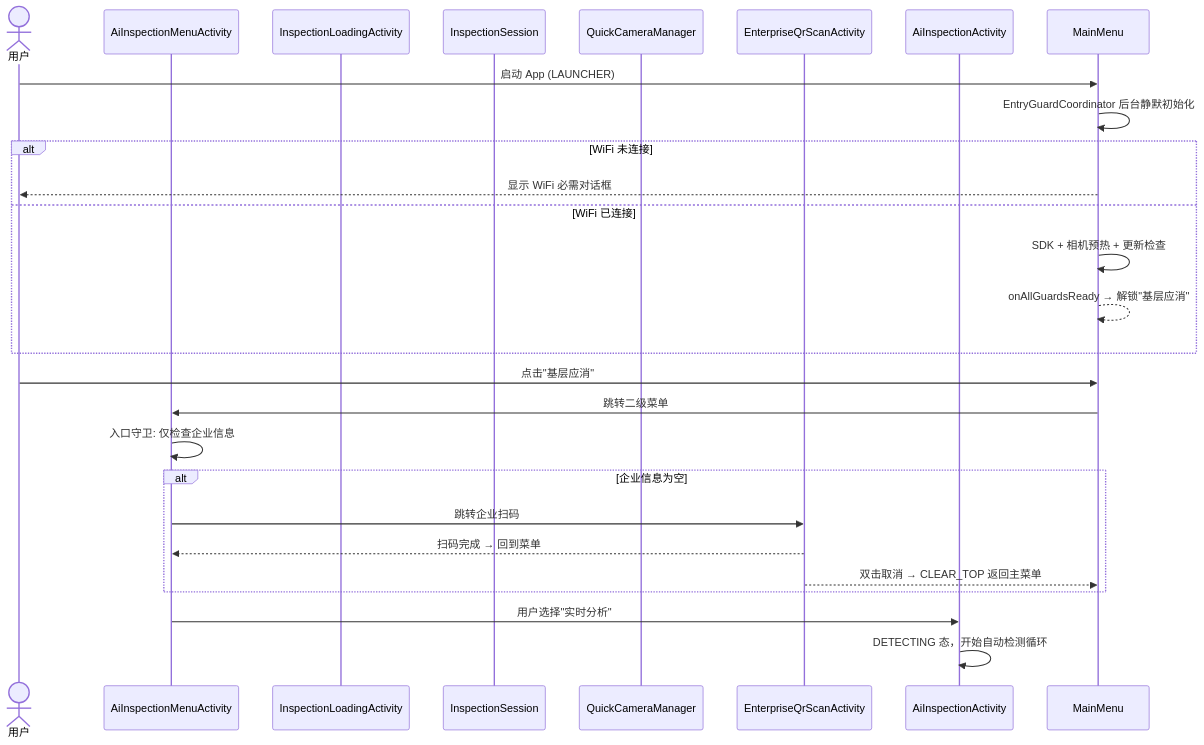
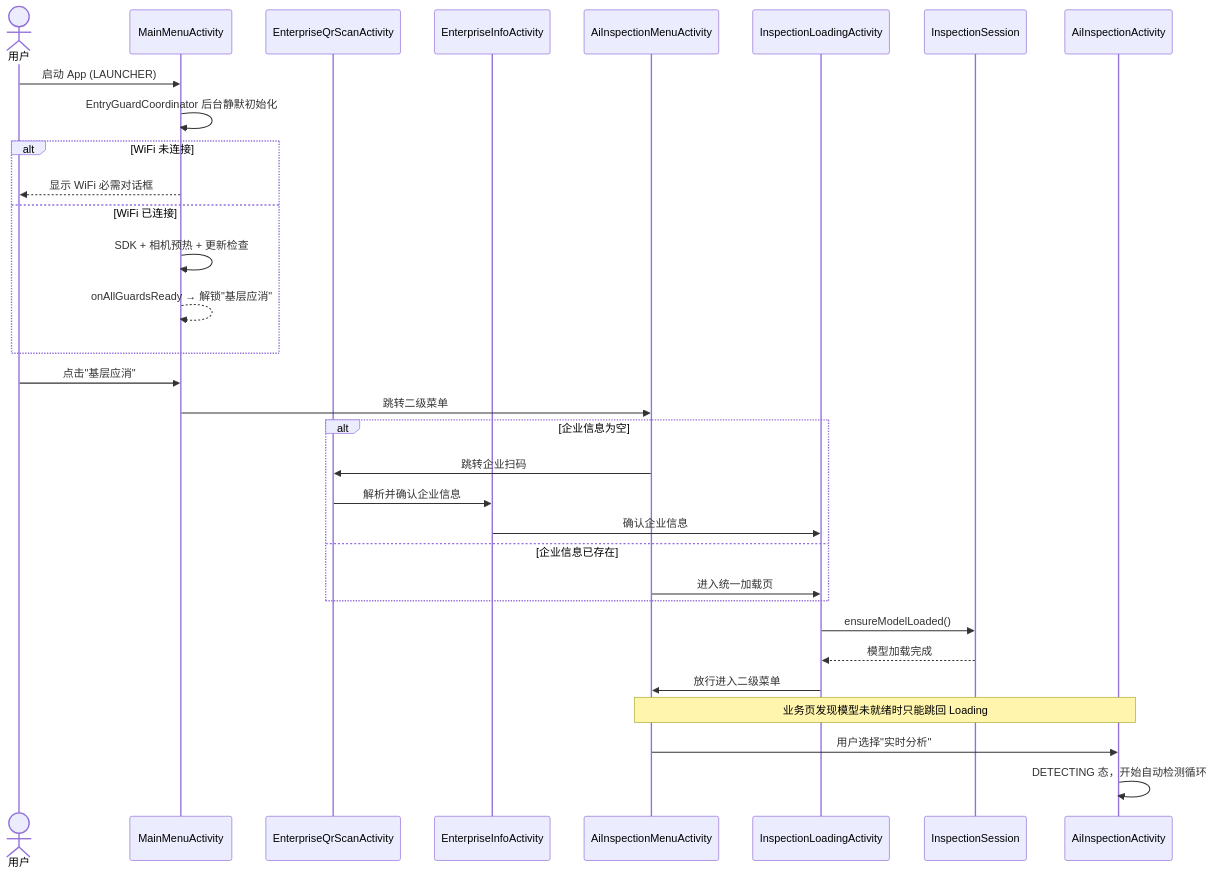
Before and after one commit to WuChaoli/HiddenRiskGlass: the third of 9 diagrams in docs/CODEMAPS.md, drawn with Mermaid. The commit also changed other lines of this file and 8 other files, not shown here.

````diff
--- a/docs/CODEMAPS.md
+++ b/docs/CODEMAPS.md
@@ -135,29 +135,35 @@
 ```mermaid
 sequenceDiagram
     actor User as 用户
+    participant MainMenu as MainMenuActivity
+    participant QrScan as EnterpriseQrScanActivity
+    participant Enterprise as EnterpriseInfoActivity
     participant Menu as AiInspectionMenuActivity
     participant Loading as InspectionLoadingActivity
     participant Session as InspectionSession
-    participant Camera as QuickCameraManager
-    participant QrScan as EnterpriseQrScanActivity
     participant AI as AiInspectionActivity
 
     User->>MainMenu: 启动 App (LAUNCHER)
     MainMenu->>MainMenu: EntryGuardCoordinator 后台静默初始化
     alt WiFi 未连接
         MainMenu-->>User: 显示 WiFi 必需对话框
     else WiFi 已连接
         MainMenu->>MainMenu: SDK + 相机预热 + 更新检查
         MainMenu-->>MainMenu: onAllGuardsReady → 解锁"基层应消"
     end
     User->>MainMenu: 点击"基层应消"
     MainMenu->>Menu: 跳转二级菜单
-    Menu->>Menu: 入口守卫: 仅检查企业信息
     alt 企业信息为空
         Menu->>QrScan: 跳转企业扫码
-        QrScan-->>Menu: 扫码完成 → 回到菜单
-        QrScan-->>MainMenu: 双击取消 → CLEAR_TOP 返回主菜单
+        QrScan->>Enterprise: 解析并确认企业信息
+        Enterprise->>Loading: 确认企业信息
+    else 企业信息已存在
+        Menu->>Loading: 进入统一加载页
     end
+    Loading->>Session: ensureModelLoaded()
+    Session-->>Loading: 模型加载完成
+    Loading->>Menu: 放行进入二级菜单
+    Note over Menu,AI: 业务页发现模型未就绪时只能跳回 Loading
     Menu->>AI: 用户选择"实时分析"
     AI->>AI: DETECTING 态，开始自动检测循环
 ```
````
